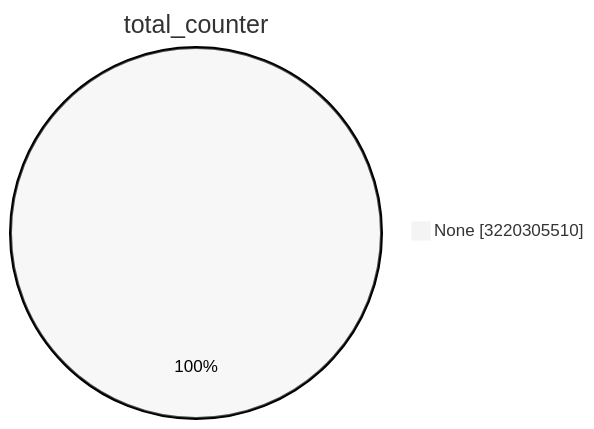
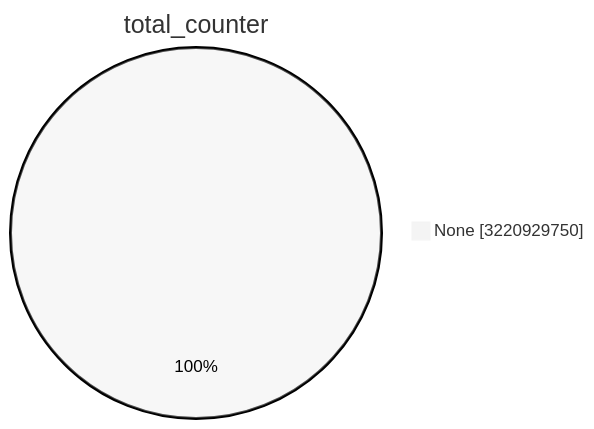
One commit to christiankrug/ctmonitor_visualization changed the first of 15 diagrams in TOTAL/README.md. Above: the diagram before and after it, drawn with Mermaid (neutral theme). The commit also changed other lines of this file, not shown here.

````diff
--- a/TOTAL/README.md
+++ b/TOTAL/README.md
@@ -1,5 +1,5 @@
 ```mermaid
 pie showData
 title total_counter
-"None" :3220305510
+"None" :3220929750
 ```
````
